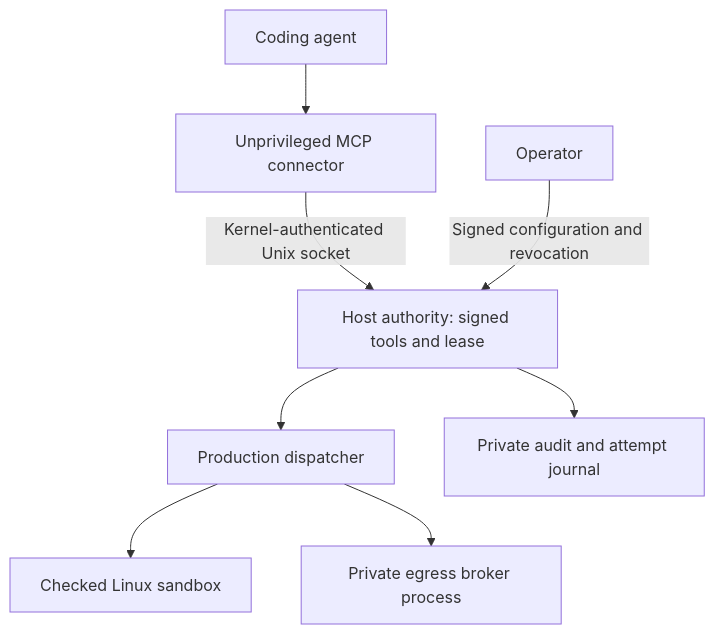
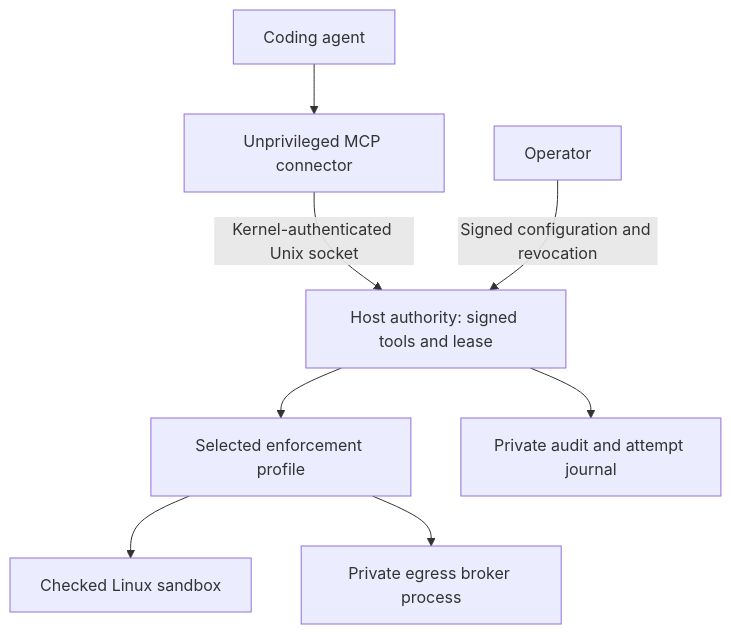
Before and after one commit to Anharmoniclabs/BULL: the diagram in docs/AGENT_GATEWAY.md, drawn with Mermaid. The commit also changed other lines of this file and 19 other files, not shown here.

````diff
--- a/docs/AGENT_GATEWAY.md
+++ b/docs/AGENT_GATEWAY.md
@@ -17,10 +19,10 @@
 ```mermaid
 flowchart TD
     Agent["Coding agent"] --> Bridge["Unprivileged MCP connector"]
     Bridge -->|"Kernel-authenticated Unix socket"| Authority["Host authority: signed tools and lease"]
-    Authority --> Router["Production dispatcher"]
+    Authority --> Router["Selected enforcement profile"]
     Router --> Sandbox["Checked Linux sandbox"]
     Router --> Broker["Private egress broker process"]
     Authority --> Journal["Private audit and attempt journal"]
     Operator["Operator"] -->|"Signed configuration and revocation"| Authority
 ```
````
